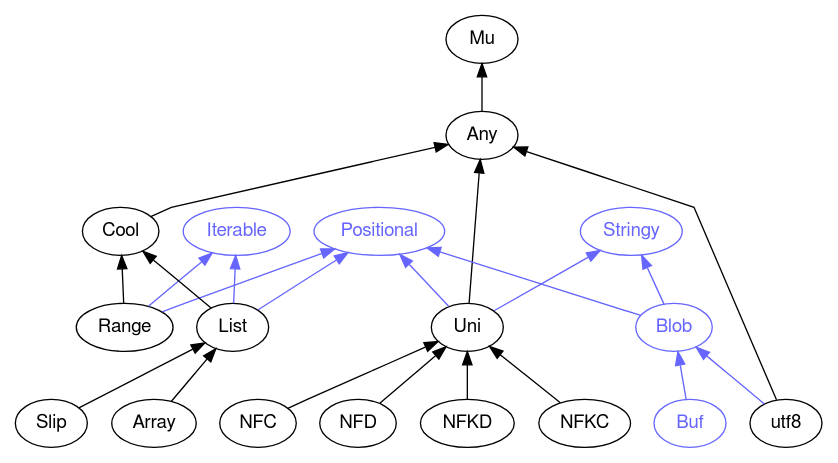
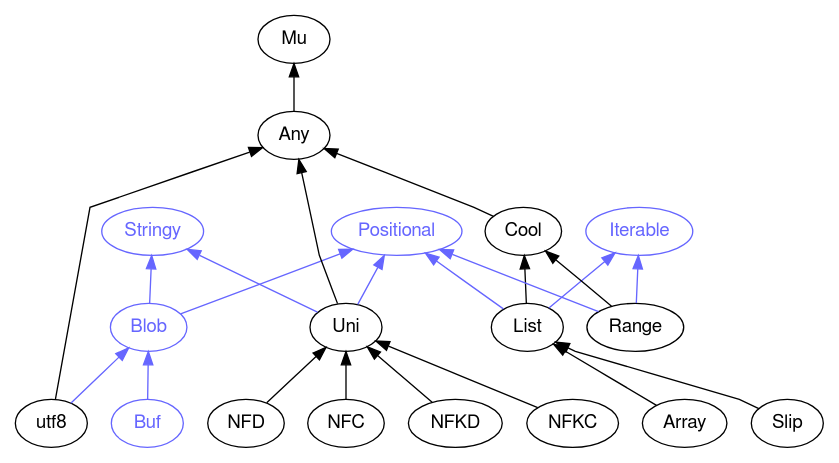
Before and after one commit to perl6docs/perl6docs.github.io: the diagram in images/type-graph-Positional.svg.dot, drawn with Graphviz. The commit also changed other lines of this file and 4525 other files, not shown here.

```diff
--- a/images/type-graph-Positional.svg.dot
+++ b/images/type-graph-Positional.svg.dot
@@ -1,50 +1,50 @@
 digraph "perl6-type-graph" {
     rankdir=BT;
     splines=polyline;
     overlap=false; 
     // Types
     "Positional" [color="#6666FF", fontcolor="#6666FF", href="/type/Positional", fontname="FreeSans"];
     "Mu" [color="#000000", fontcolor="#000000", href="/type/Mu", fontname="FreeSans"];
     "Any" [color="#000000", fontcolor="#000000", href="/type/Any", fontname="FreeSans"];
     "Cool" [color="#000000", fontcolor="#000000", href="/type/Cool", fontname="FreeSans"];
     "Iterable" [color="#6666FF", fontcolor="#6666FF", href="/type/Iterable", fontname="FreeSans"];
-    "Range" [color="#000000", fontcolor="#000000", href="/type/Range", fontname="FreeSans"];
     "List" [color="#000000", fontcolor="#000000", href="/type/List", fontname="FreeSans"];
     "Stringy" [color="#6666FF", fontcolor="#6666FF", href="/type/Stringy", fontname="FreeSans"];
+    "Blob" [color="#6666FF", fontcolor="#6666FF", href="/type/Blob", fontname="FreeSans"];
     "Uni" [color="#000000", fontcolor="#000000", href="/type/Uni", fontname="FreeSans"];
-    "Blob" [color="#6666FF", fontcolor="#6666FF", href="/type/Blob", fontname="FreeSans"];
+    "Range" [color="#000000", fontcolor="#000000", href="/type/Range", fontname="FreeSans"];
+    "Array" [color="#000000", fontcolor="#000000", href="/type/Array", fontname="FreeSans"];
     "Slip" [color="#000000", fontcolor="#000000", href="/type/Slip", fontname="FreeSans"];
-    "Array" [color="#000000", fontcolor="#000000", href="/type/Array", fontname="FreeSans"];
+    "NFD" [color="#000000", fontcolor="#000000", href="/type/NFD", fontname="FreeSans"];
     "NFC" [color="#000000", fontcolor="#000000", href="/type/NFC", fontname="FreeSans"];
-    "NFD" [color="#000000", fontcolor="#000000", href="/type/NFD", fontname="FreeSans"];
     "NFKD" [color="#000000", fontcolor="#000000", href="/type/NFKD", fontname="FreeSans"];
     "NFKC" [color="#000000", fontcolor="#000000", href="/type/NFKC", fontname="FreeSans"];
     "Buf" [color="#6666FF", fontcolor="#6666FF", href="/type/Buf", fontname="FreeSans"];
     "utf8" [color="#000000", fontcolor="#000000", href="/type/utf8", fontname="FreeSans"];
 
     // Superclasses
     "Any" -> "Mu" [color="#000000"];
     "Cool" -> "Any" [color="#000000"];
-    "Range" -> "Cool" [color="#000000"];
     "List" -> "Cool" [color="#000000"];
     "Uni" -> "Any" [color="#000000"];
+    "Range" -> "Cool" [color="#000000"];
+    "Array" -> "List" [color="#000000"];
     "Slip" -> "List" [color="#000000"];
-    "Array" -> "List" [color="#000000"];
+    "NFD" -> "Uni" [color="#000000"];
     "NFC" -> "Uni" [color="#000000"];
-    "NFD" -> "Uni" [color="#000000"];
     "NFKD" -> "Uni" [color="#000000"];
     "NFKC" -> "Uni" [color="#000000"];
     "utf8" -> "Any" [color="#000000"];
 
     // Roles
+    "List" -> "Positional" [color="#6666FF"];
+    "List" -> "Iterable" [color="#6666FF"];
+    "Blob" -> "Positional" [color="#6666FF"];
+    "Blob" -> "Stringy" [color="#6666FF"];
+    "Uni" -> "Positional" [color="#6666FF"];
+    "Uni" -> "Stringy" [color="#6666FF"];
     "Range" -> "Positional" [color="#6666FF"];
     "Range" -> "Iterable" [color="#6666FF"];
-    "List" -> "Positional" [color="#6666FF"];
-    "List" -> "Iterable" [color="#6666FF"];
-    "Uni" -> "Positional" [color="#6666FF"];
-    "Uni" -> "Stringy" [color="#6666FF"];
-    "Blob" -> "Positional" [color="#6666FF"];
-    "Blob" -> "Stringy" [color="#6666FF"];
     "Buf" -> "Blob" [color="#6666FF"];
     "utf8" -> "Blob" [color="#6666FF"];
 }
```
